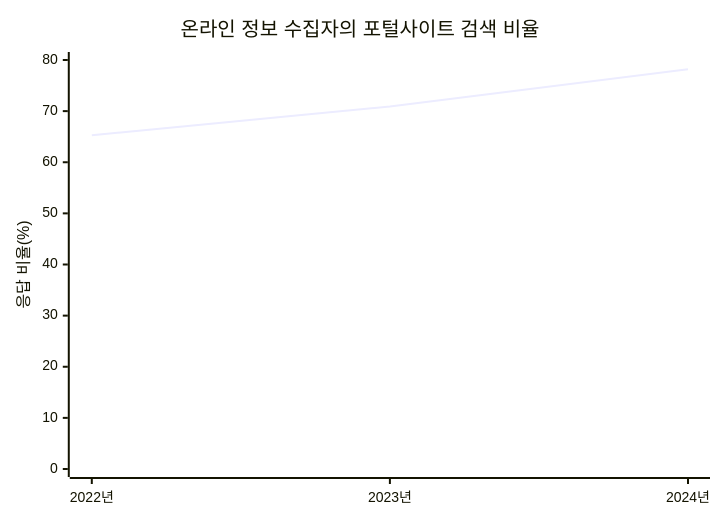
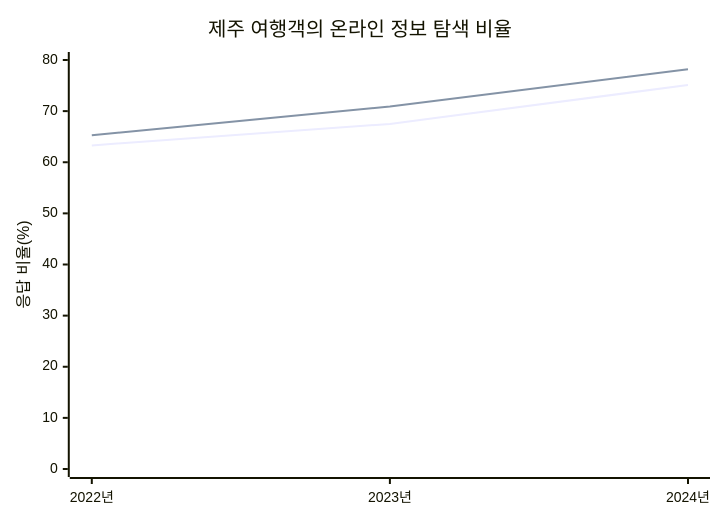
The third of 4 diagrams in docs/planning_background.md (yangdk02/jeju-irang), drawn with Mermaid before and after one commit. The commit also changed other lines of this file, not shown here.

````diff
--- a/docs/planning_background.md
+++ b/docs/planning_background.md
@@ -99,7 +71,8 @@
 ```mermaid
 xychart-beta
-    title "온라인 정보 수집자의 포털사이트 검색 비율"
+    title "제주 여행객의 온라인 정보 탐색 비율"
     x-axis ["2022년", "2023년", "2024년"]
     y-axis "응답 비율(%)" 0 --> 80
+    line [63.3, 67.5, 75.1]
     line [65.3, 70.9, 78.2]
 ```
````
